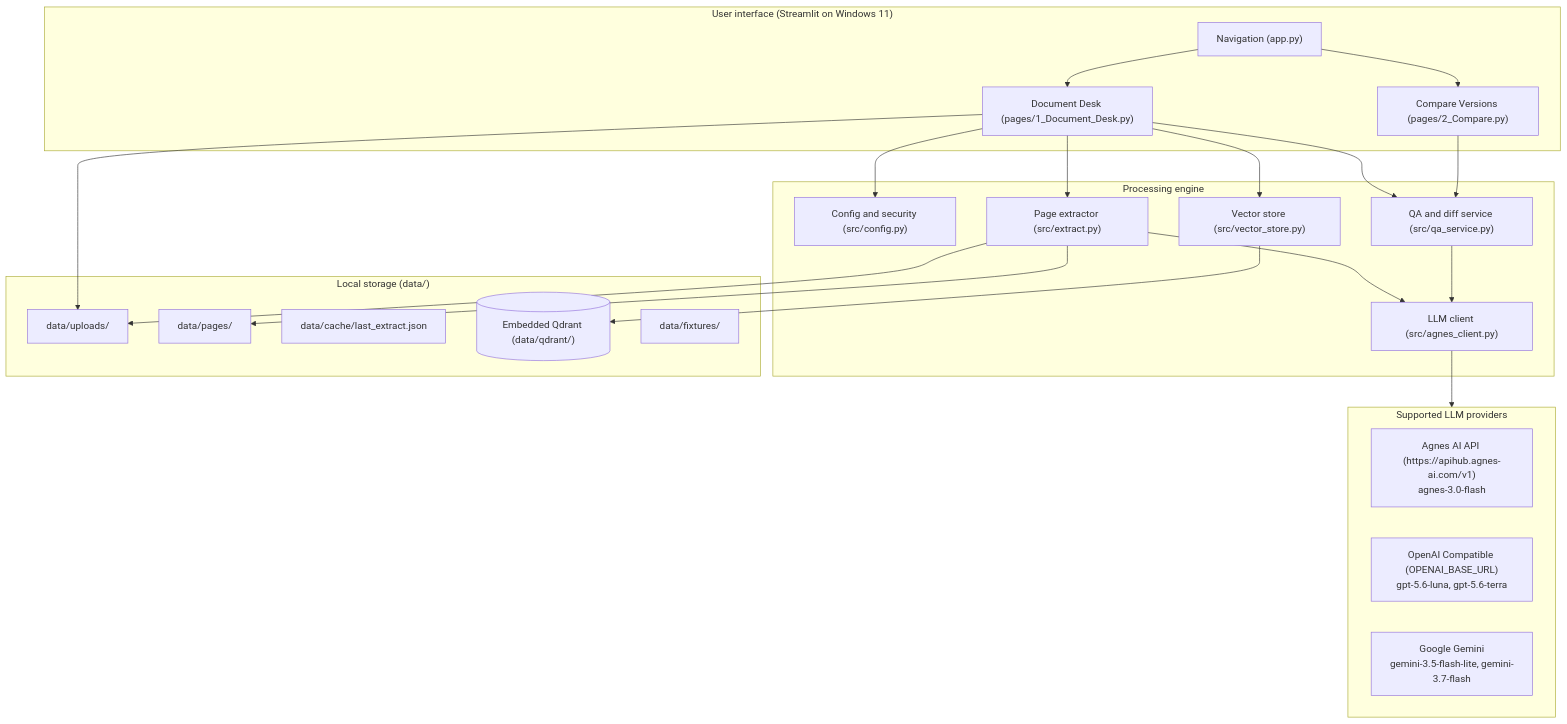
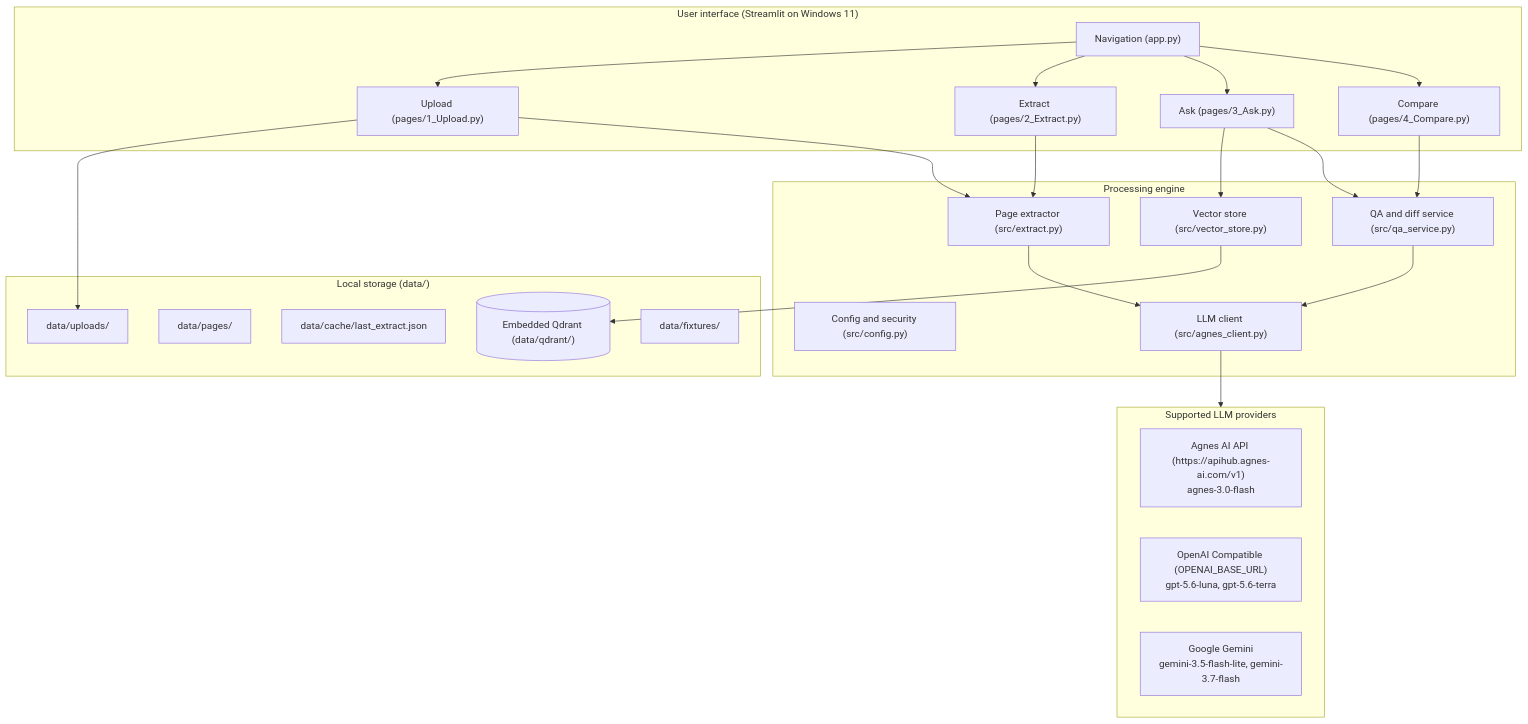
The diagram in docs/ARCHITECTURE.md (pypi-ahmad/document-desk), drawn with Mermaid before and after one commit. The commit also changed 2 other files, not shown here.

Commit message:
docs: align page references with four-page workflow

````diff
--- a/docs/ARCHITECTURE.md
+++ b/docs/ARCHITECTURE.md
@@ -9,44 +9,44 @@
 ```mermaid
 flowchart TD
     subgraph UI ["User interface (Streamlit on Windows 11)"]
         Nav["Navigation (app.py)"]
-        P1["Document Desk (pages/1_Document_Desk.py)"]
-        P2["Compare Versions (pages/2_Compare.py)"]
+        P1["Upload (pages/1_Upload.py)"]
+        P2["Extract (pages/2_Extract.py)"]
+        P3["Ask (pages/3_Ask.py)"]
+        P4["Compare (pages/4_Compare.py)"]
     end
 
     subgraph Core ["Processing engine"]
         Cfg["Config and security (src/config.py)"]
         Extract["Page extractor (src/extract.py)"]
         LLM["LLM client (src/agnes_client.py)"]
         QA["QA and diff service (src/qa_service.py)"]
         Vec["Vector store (src/vector_store.py)"]
     end
 
     subgraph Storage ["Local storage (data/)"]
         Uploads["data/uploads/"]
         Pages["data/pages/"]
         Cache["data/cache/last_extract.json"]
         QdrantDB[("Embedded Qdrant (data/qdrant/)")]
         Fixtures["data/fixtures/"]
     end
 
     subgraph Providers ["Supported LLM providers"]
         AgnesAPI["Agnes AI API (https://apihub.agnes-ai.com/v1)<br/>agnes-3.0-flash"]
         OpenAIAPI["OpenAI Compatible (OPENAI_BASE_URL)<br/>gpt-5.6-luna, gpt-5.6-terra"]
         GeminiAPI["Google Gemini<br/>gemini-3.5-flash-lite, gemini-3.7-flash"]
     end
 
-    Nav --> P1 & P2
-    P1 --> Cfg
+    Nav --> P1 & P2 & P3 & P4
     P1 --> Uploads
     P1 --> Extract
-    Extract --> Uploads
-    Extract --> Pages
+    P2 --> Extract
     Extract --> LLM
     LLM --> Providers
-    P1 --> Vec
+    P3 --> Vec
     Vec --> QdrantDB
-    P1 --> QA
+    P3 --> QA
     QA --> LLM
-    P2 --> QA
+    P4 --> QA
 ```
````
